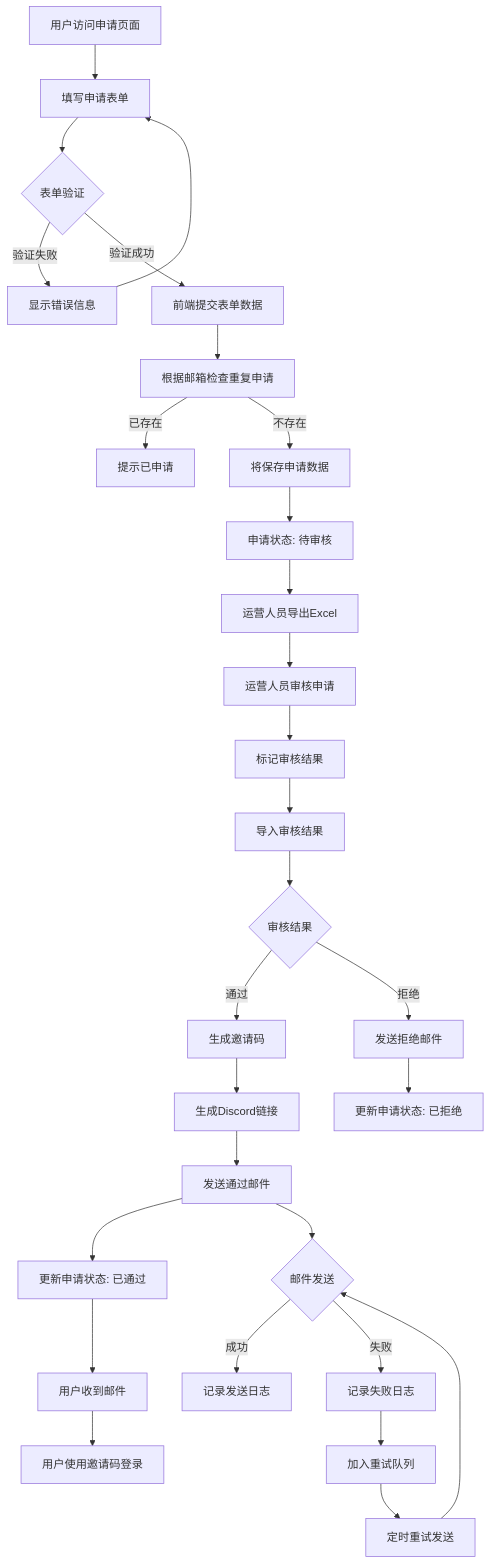
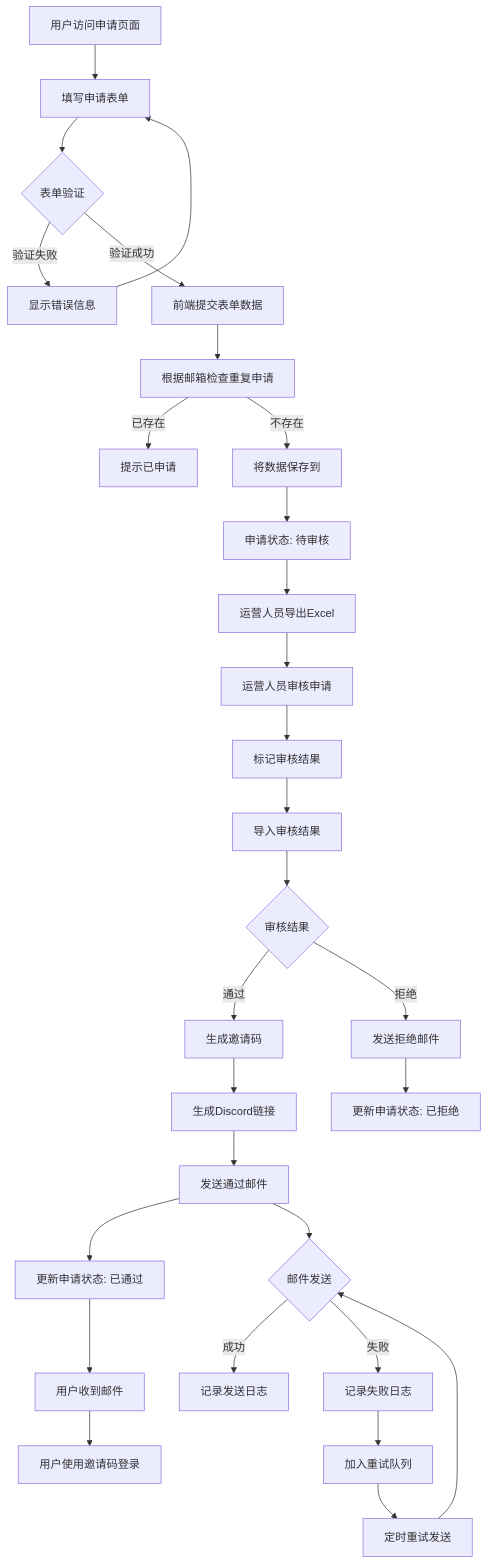
The diagram in all/未命名-69.md (yingjianzh/iodraw-files), drawn with Mermaid before and after one commit.

Commit message:
2025-07-03 10:22:59 update

````diff
--- a/all/未命名-69.md
+++ b/all/未命名-69.md
@@ -1,36 +1,36 @@
 ```mermaid
 flowchart TD
     A[用户访问申请页面] --> B[填写申请表单]
     B --> C{表单验证}
     C -->|验证失败| D[显示错误信息]
     D --> B
     C -->|验证成功| E[前端提交表单数据]
     E -->E1[根据邮箱检查重复申请]
     E1 -->|已存在| F[提示已申请]
-    E1 -->|不存在| G[将保存申请数据]
+    E1 -->|不存在| G[将数据保存到]
     G --> H[申请状态: 待审核]
     
     H --> I[运营人员导出Excel]
     I --> J[运营人员审核申请]
     J --> K[标记审核结果]
     K --> L[导入审核结果]
     L --> M{审核结果}
     
     M -->|通过| N[生成邀请码]
     N --> O[生成Discord链接]
     O --> P[发送通过邮件]
     P --> Q[更新申请状态: 已通过]
     
     M -->|拒绝| R[发送拒绝邮件]
     R --> S[更新申请状态: 已拒绝]
     
     P --> T{邮件发送}
     T -->|成功| U[记录发送日志]
     T -->|失败| V[记录失败日志]
     V --> W[加入重试队列]
     W --> X[定时重试发送]
     X --> T
     
     Q --> Y[用户收到邮件]
     Y --> Z[用户使用邀请码登录]
 ```
````
